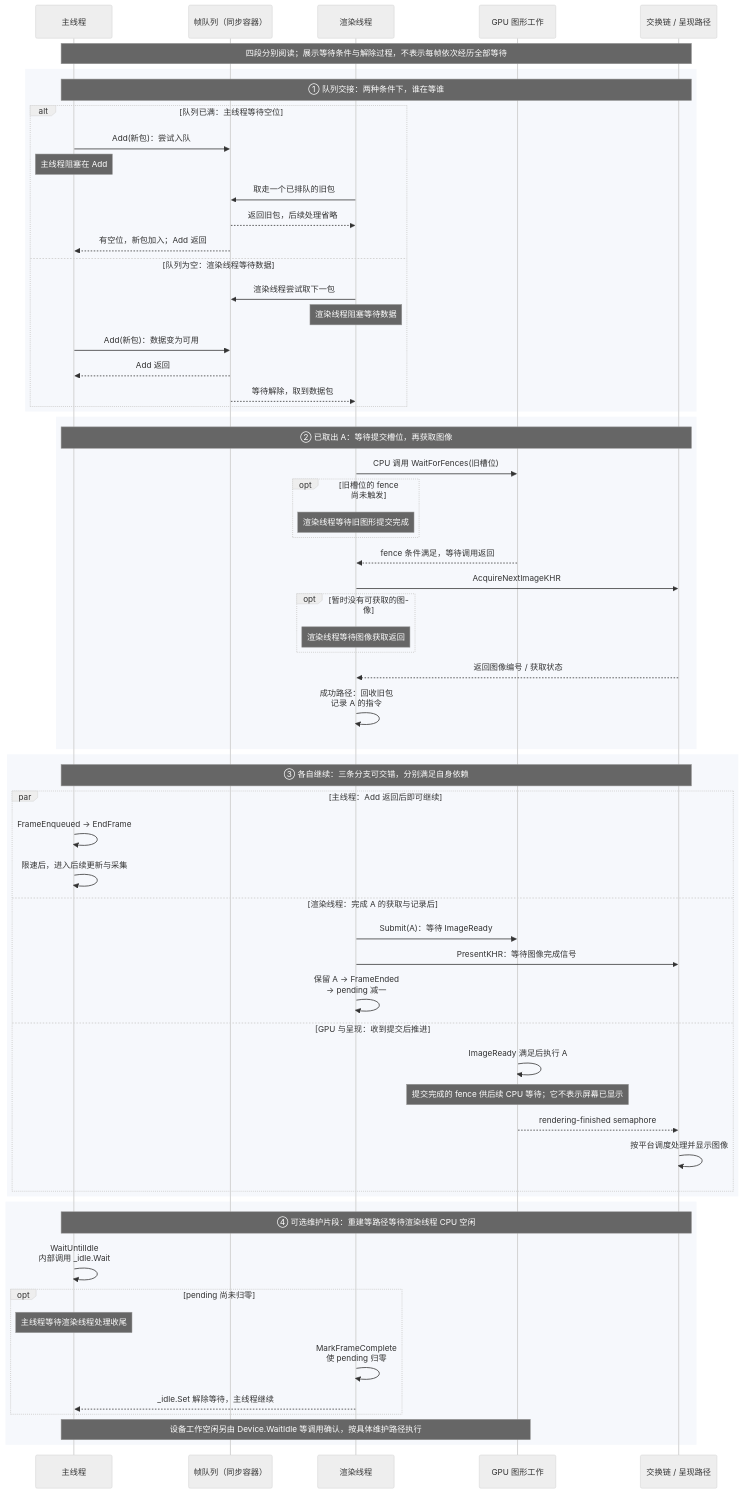
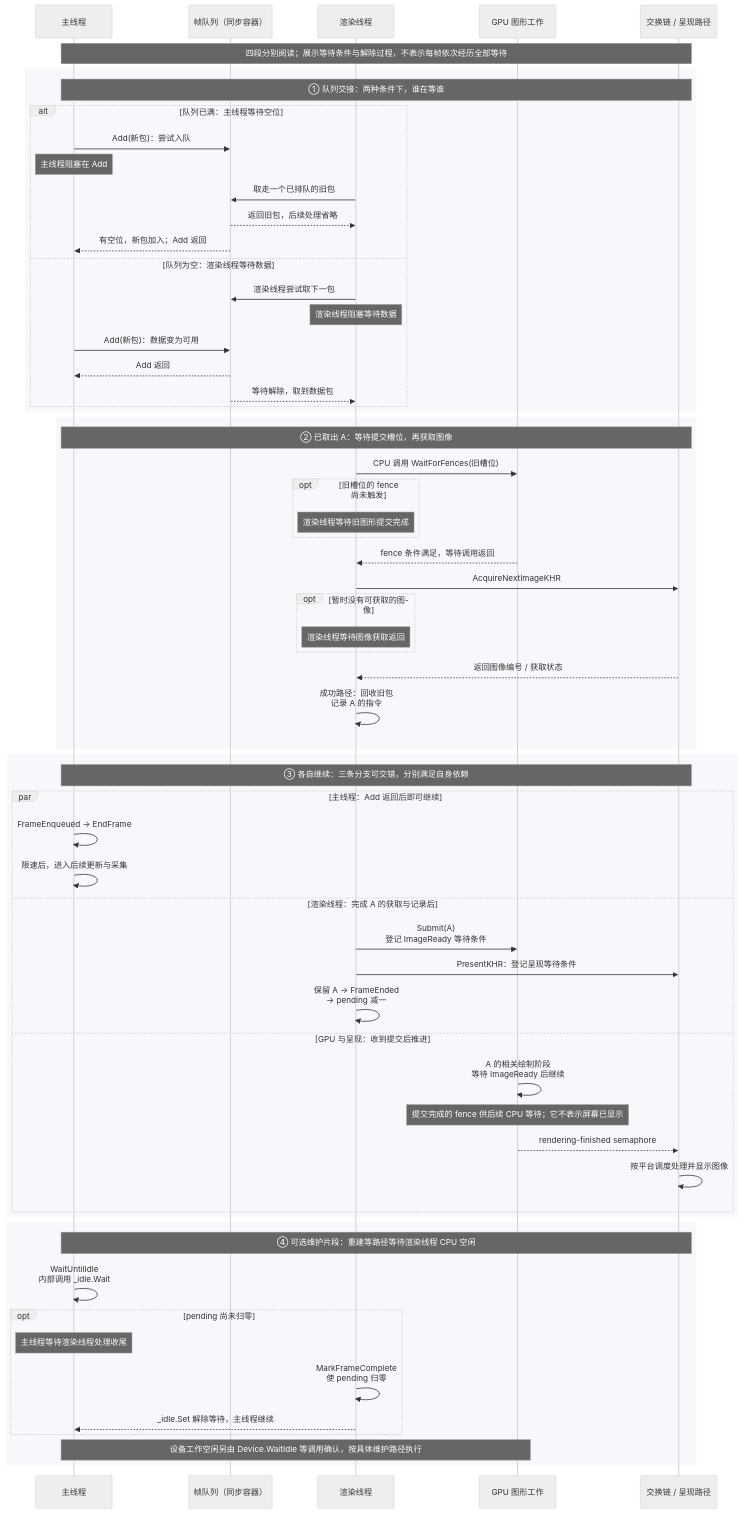
One commit to Sil1cateS/rimworld-deconstruction changed the diagram in docs/readable/figures/waylith-frame-timeline.mmd. Above: the diagram before and after it, drawn with Mermaid (neutral theme). The commit also changed 19 other files, not shown here.

```diff
--- a/docs/readable/figures/waylith-frame-timeline.mmd
+++ b/docs/readable/figures/waylith-frame-timeline.mmd
@@ -1,63 +1,63 @@
 sequenceDiagram
     participant M as 主线程
     participant Q as 帧队列（同步容器）
     participant R as 渲染线程
     participant G as GPU 图形工作
     participant P as 交换链 / 呈现路径
     Note over M,P: 四段分别阅读；展示等待条件与解除过程，不表示每帧依次经历全部等待
     rect rgb(246, 248, 252)
         Note over M,P: ① 队列交接：两种条件下，谁在等谁
         alt 队列已满：主线程等待空位
             M->>Q: Add(新包)：尝试入队
             Note over M: 主线程阻塞在 Add
             R->>Q: 取走一个已排队的旧包
             Q-->>R: 返回旧包，后续处理省略
             Q-->>M: 有空位，新包加入；Add 返回
         else 队列为空：渲染线程等待数据
             R->>Q: 渲染线程尝试取下一包
             Note over R: 渲染线程阻塞等待数据
             M->>Q: Add(新包)：数据变为可用
             Q-->>M: Add 返回
             Q-->>R: 等待解除，取到数据包
         end
     end
     rect rgb(246, 248, 252)
         Note over M,P: ② 已取出 A：等待提交槽位，再获取图像
         R->>G: CPU 调用 WaitForFences(旧槽位)
         opt 旧槽位的 fence 尚未触发
             Note over R: 渲染线程等待旧图形提交完成
         end
         G-->>R: fence 条件满足，等待调用返回
         R->>P: AcquireNextImageKHR
         opt 暂时没有可获取的图像
             Note over R: 渲染线程等待图像获取返回
         end
         P-->>R: 返回图像编号 / 获取状态
         R->>R: 成功路径：回收旧包<br/>记录 A 的指令
     end
     rect rgb(246, 248, 252)
         Note over M,P: ③ 各自继续：三条分支可交错，分别满足自身依赖
         par 主线程：Add 返回后即可继续
             M->>M: FrameEnqueued → EndFrame
             M->>M: 限速后，进入后续更新与采集
         and 渲染线程：完成 A 的获取与记录后
-            R->>G: Submit(A)：等待 ImageReady
-            R->>P: PresentKHR：等待图像完成信号
+            R->>G: Submit(A)<br/>登记 ImageReady 等待条件
+            R->>P: PresentKHR：登记呈现等待条件
             R->>R: 保留 A → FrameEnded<br/>→ pending 减一
         and GPU 与呈现：收到提交后推进
-            G->>G: ImageReady 满足后执行 A
+            G->>G: A 的相关绘制阶段<br/>等待 ImageReady 后继续
             Note over G: 提交完成的 fence 供后续 CPU 等待；它不表示屏幕已显示
             G-->>P: rendering-finished semaphore
             P->>P: 按平台调度处理并显示图像
         end
     end
     rect rgb(246, 248, 252)
         Note over M,P: ④ 可选维护片段：重建等路径等待渲染线程 CPU 空闲
         M->>M: WaitUntilIdle<br/>内部调用 _idle.Wait
         opt pending 尚未归零
             Note over M: 主线程等待渲染线程处理收尾
             R->>R: MarkFrameComplete<br/>使 pending 归零
             R-->>M: _idle.Set 解除等待，主线程继续
         end
         Note over M,G: 设备工作空闲另由 Device.WaitIdle 等调用确认，按具体维护路径执行
     end
```
